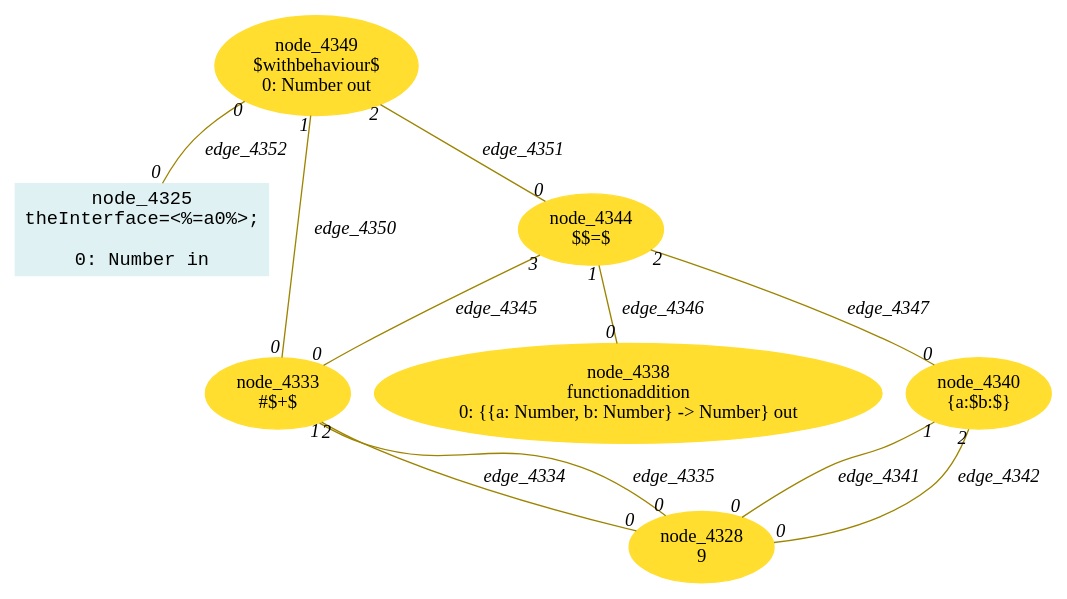
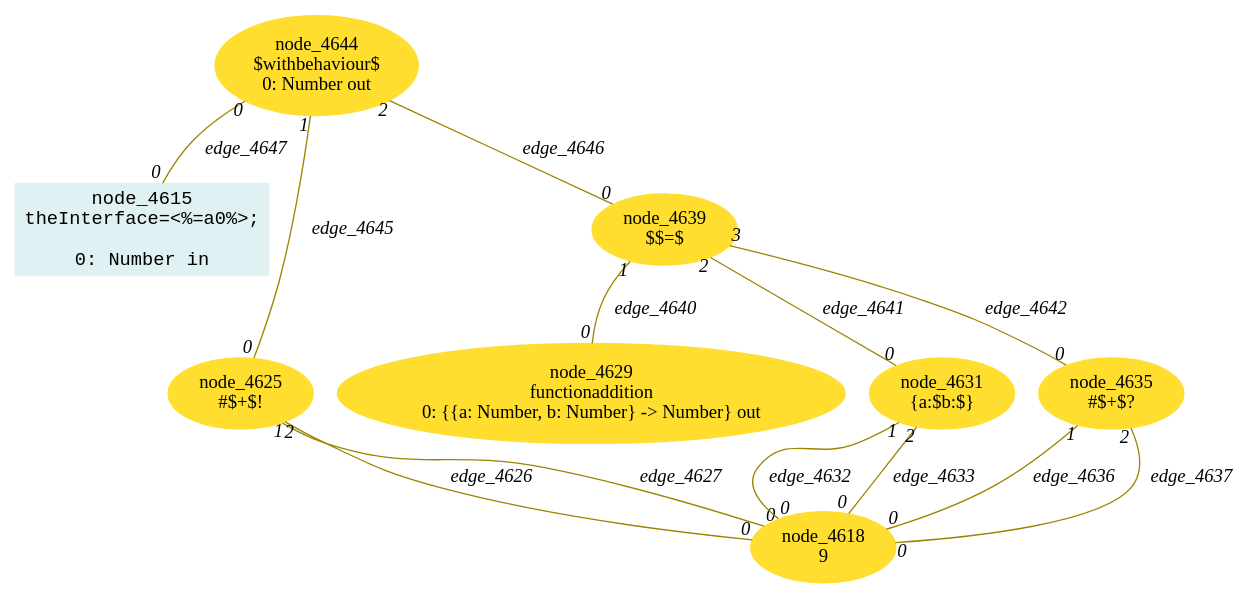
Before and after one commit to crubier/lidl: the diagram in lidl-core/example/ok/literals/dot/13referentialTransparencyInstances1.dot, drawn with Graphviz. The commit also changed 2396 other files, not shown here.

Commit message:
ok but make flow does not work

```diff
--- a/lidl-core/example/ok/literals/dot/13referentialTransparencyInstances1.dot
+++ b/lidl-core/example/ok/literals/dot/13referentialTransparencyInstances1.dot
@@ -1,33 +1,38 @@
-digraph g{node_4325 [shape="box", style="filled", color="#dff1f2", fontname="Courier", label="node_4325
+digraph g{node_4615 [shape="box", style="filled", color="#dff1f2", fontname="Courier", label="node_4615
 theInterface=<%=a0%>;
 
 0: Number in" ]
-node_4328 [shape="ellipse", style="filled", color="#ffde2f", fontname="Times", label="node_4328
+node_4618 [shape="ellipse", style="filled", color="#ffde2f", fontname="Times", label="node_4618
 9
 " ]
-node_4333 [shape="ellipse", style="filled", color="#ffde2f", fontname="Times", label="node_4333
-#$+$
+node_4625 [shape="ellipse", style="filled", color="#ffde2f", fontname="Times", label="node_4625
+#$+$!
 " ]
-node_4338 [shape="ellipse", style="filled", color="#ffde2f", fontname="Times", label="node_4338
+node_4629 [shape="ellipse", style="filled", color="#ffde2f", fontname="Times", label="node_4629
 functionaddition
 0: {{a: Number, b: Number} -> Number} out" ]
-node_4340 [shape="ellipse", style="filled", color="#ffde2f", fontname="Times", label="node_4340
+node_4631 [shape="ellipse", style="filled", color="#ffde2f", fontname="Times", label="node_4631
 {a:$b:$}
 " ]
-node_4344 [shape="ellipse", style="filled", color="#ffde2f", fontname="Times", label="node_4344
+node_4635 [shape="ellipse", style="filled", color="#ffde2f", fontname="Times", label="node_4635
+#$+$?
+" ]
+node_4639 [shape="ellipse", style="filled", color="#ffde2f", fontname="Times", label="node_4639
 $$=$
 " ]
-node_4349 [shape="ellipse", style="filled", color="#ffde2f", fontname="Times", label="node_4349
+node_4644 [shape="ellipse", style="filled", color="#ffde2f", fontname="Times", label="node_4644
 $withbehaviour$
 0: Number out" ]
-node_4333 -> node_4328 [dir=none, arrowHead=none, fontname="Times-Italic", arrowsize=1, color="#9d8400", label="edge_4334",  headlabel="0", taillabel="1" ]
-node_4333 -> node_4328 [dir=none, arrowHead=none, fontname="Times-Italic", arrowsize=1, color="#9d8400", label="edge_4335",  headlabel="0", taillabel="2" ]
-node_4340 -> node_4328 [dir=none, arrowHead=none, fontname="Times-Italic", arrowsize=1, color="#9d8400", label="edge_4341",  headlabel="0", taillabel="1" ]
-node_4340 -> node_4328 [dir=none, arrowHead=none, fontname="Times-Italic", arrowsize=1, color="#9d8400", label="edge_4342",  headlabel="0", taillabel="2" ]
-node_4344 -> node_4333 [dir=none, arrowHead=none, fontname="Times-Italic", arrowsize=1, color="#9d8400", label="edge_4345",  headlabel="0", taillabel="3" ]
-node_4344 -> node_4338 [dir=none, arrowHead=none, fontname="Times-Italic", arrowsize=1, color="#9d8400", label="edge_4346",  headlabel="0", taillabel="1" ]
-node_4344 -> node_4340 [dir=none, arrowHead=none, fontname="Times-Italic", arrowsize=1, color="#9d8400", label="edge_4347",  headlabel="0", taillabel="2" ]
-node_4349 -> node_4333 [dir=none, arrowHead=none, fontname="Times-Italic", arrowsize=1, color="#9d8400", label="edge_4350",  headlabel="0", taillabel="1" ]
-node_4349 -> node_4344 [dir=none, arrowHead=none, fontname="Times-Italic", arrowsize=1, color="#9d8400", label="edge_4351",  headlabel="0", taillabel="2" ]
-node_4349 -> node_4325 [dir=none, arrowHead=none, fontname="Times-Italic", arrowsize=1, color="#9d8400", label="edge_4352",  headlabel="0", taillabel="0" ]
+node_4625 -> node_4618 [dir=none, arrowHead=none, fontname="Times-Italic", arrowsize=1, color="#9d8400", label="edge_4626",  headlabel="0", taillabel="1" ]
+node_4625 -> node_4618 [dir=none, arrowHead=none, fontname="Times-Italic", arrowsize=1, color="#9d8400", label="edge_4627",  headlabel="0", taillabel="2" ]
+node_4631 -> node_4618 [dir=none, arrowHead=none, fontname="Times-Italic", arrowsize=1, color="#9d8400", label="edge_4632",  headlabel="0", taillabel="1" ]
+node_4631 -> node_4618 [dir=none, arrowHead=none, fontname="Times-Italic", arrowsize=1, color="#9d8400", label="edge_4633",  headlabel="0", taillabel="2" ]
+node_4635 -> node_4618 [dir=none, arrowHead=none, fontname="Times-Italic", arrowsize=1, color="#9d8400", label="edge_4636",  headlabel="0", taillabel="1" ]
+node_4635 -> node_4618 [dir=none, arrowHead=none, fontname="Times-Italic", arrowsize=1, color="#9d8400", label="edge_4637",  headlabel="0", taillabel="2" ]
+node_4639 -> node_4629 [dir=none, arrowHead=none, fontname="Times-Italic", arrowsize=1, color="#9d8400", label="edge_4640",  headlabel="0", taillabel="1" ]
+node_4639 -> node_4631 [dir=none, arrowHead=none, fontname="Times-Italic", arrowsize=1, color="#9d8400", label="edge_4641",  headlabel="0", taillabel="2" ]
+node_4639 -> node_4635 [dir=none, arrowHead=none, fontname="Times-Italic", arrowsize=1, color="#9d8400", label="edge_4642",  headlabel="0", taillabel="3" ]
+node_4644 -> node_4625 [dir=none, arrowHead=none, fontname="Times-Italic", arrowsize=1, color="#9d8400", label="edge_4645",  headlabel="0", taillabel="1" ]
+node_4644 -> node_4639 [dir=none, arrowHead=none, fontname="Times-Italic", arrowsize=1, color="#9d8400", label="edge_4646",  headlabel="0", taillabel="2" ]
+node_4644 -> node_4615 [dir=none, arrowHead=none, fontname="Times-Italic", arrowsize=1, color="#9d8400", label="edge_4647",  headlabel="0", taillabel="0" ]
 }
```
